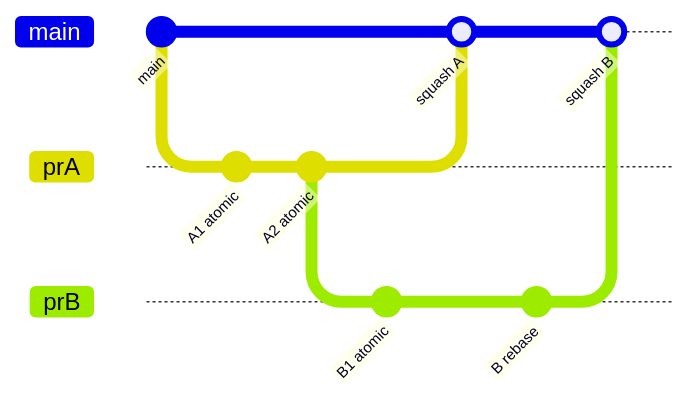
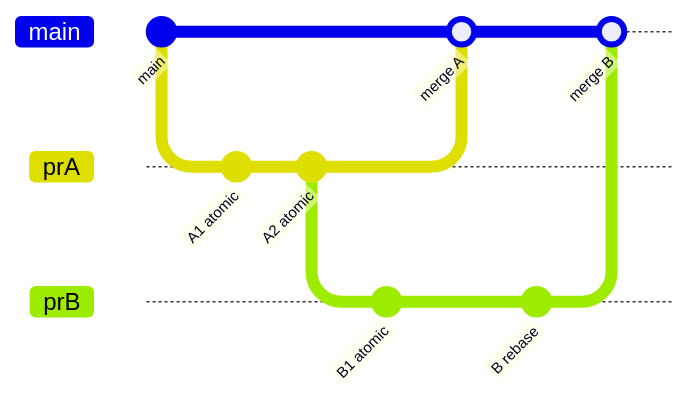
One commit to innocarpe/deepseek-build changed the second of 2 diagrams in docs/product/ULTRAGOAL_PR_PLANNING.md. Above: the diagram before and after it, drawn with Mermaid. The commit also changed other lines of this file and 10 other files, not shown here.

````diff
--- a/docs/product/ULTRAGOAL_PR_PLANNING.md
+++ b/docs/product/ULTRAGOAL_PR_PLANNING.md
@@ -140,15 +140,15 @@
 ```mermaid
 gitGraph
   commit id: "main"
   branch prA
   commit id: "A1 atomic"
   commit id: "A2 atomic"
   branch prB
   commit id: "B1 atomic"
   checkout main
-  merge prA id: "squash A"
+  merge prA id: "merge A"
   checkout prB
   commit id: "B rebase"
   checkout main
-  merge prB id: "squash B"
+  merge prB id: "merge B"
 ```
````
